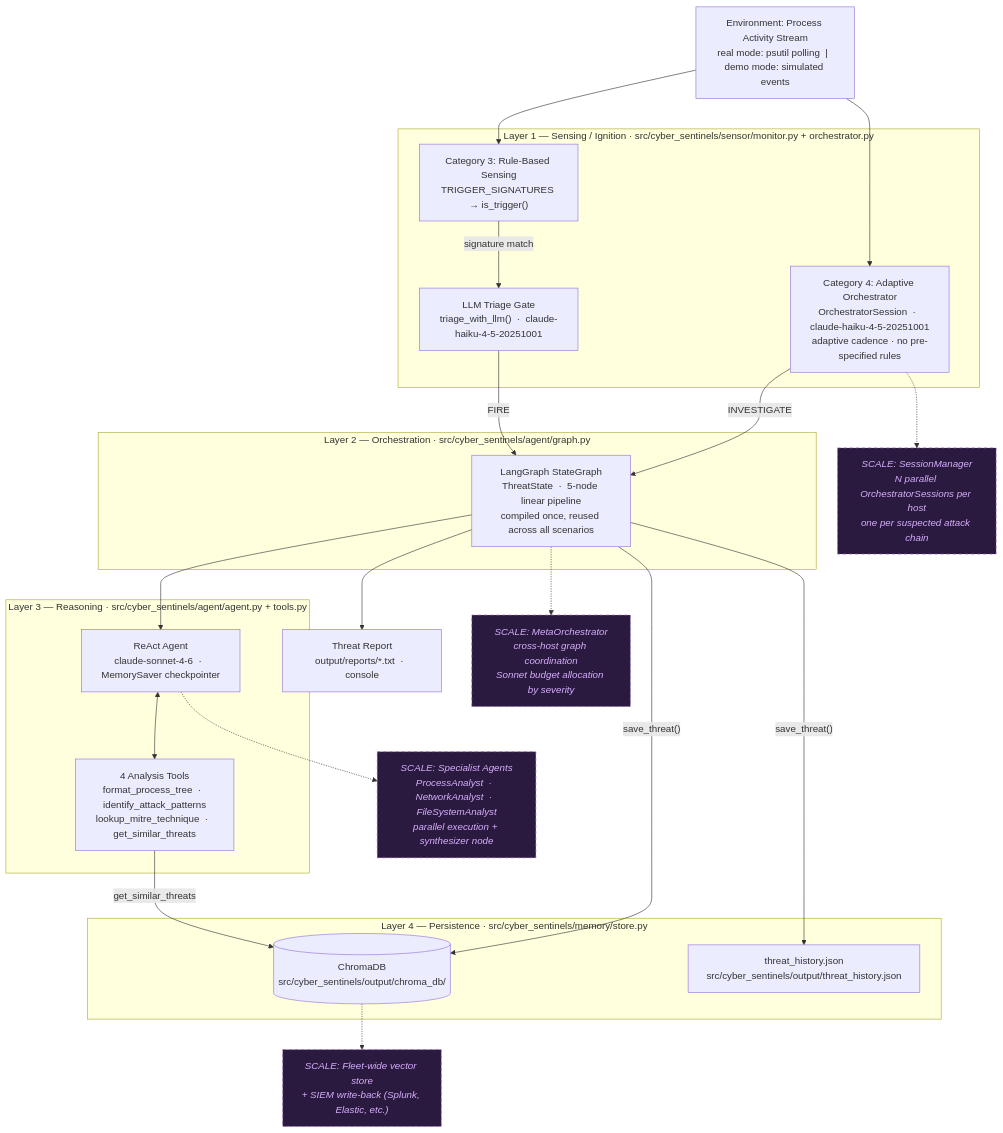
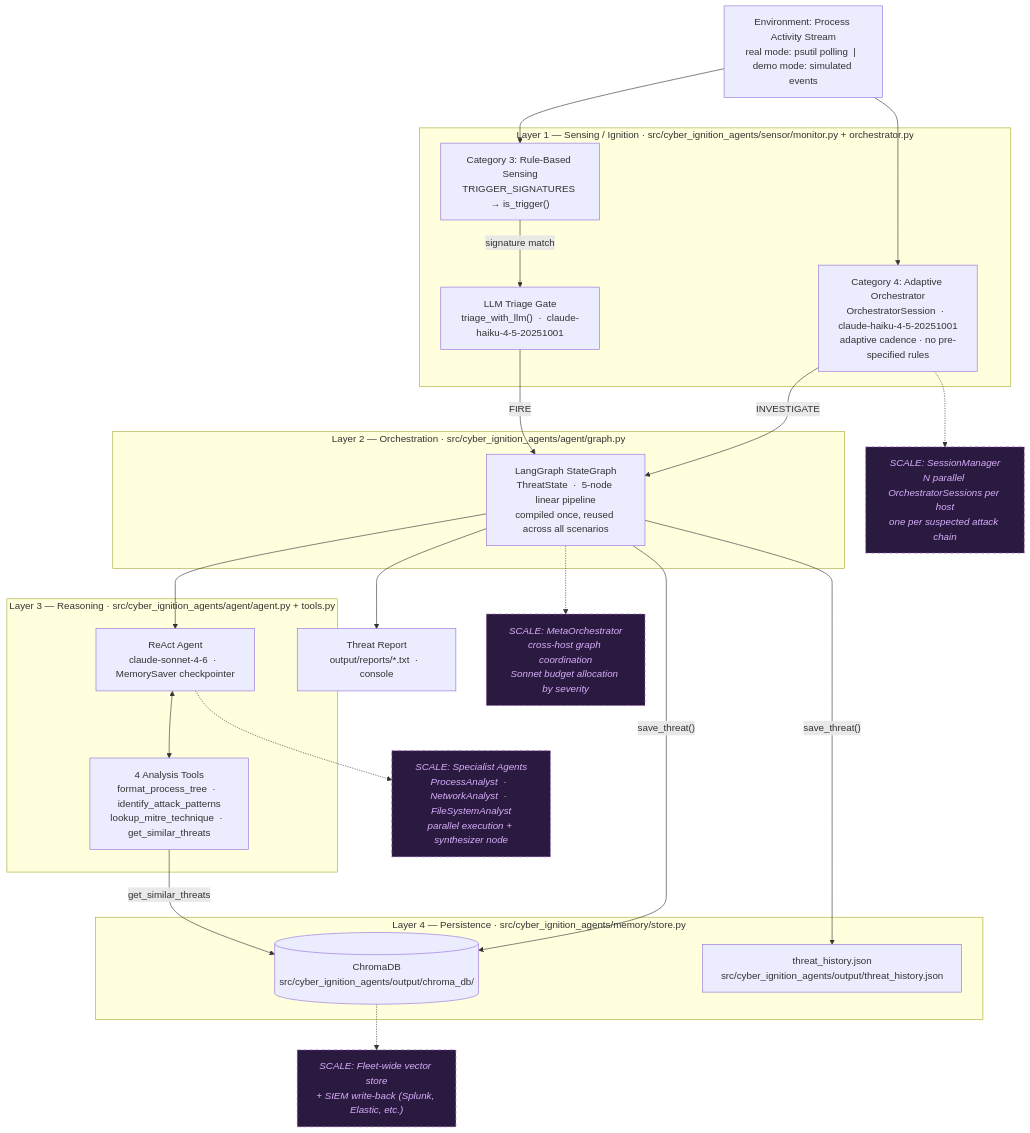
One commit to andrew84830813/cyber-sentinels changed the first of 5 diagrams in ARCHITECTURE.md. Above: the diagram before and after it, drawn with Mermaid. The commit also changed other lines of this file and 28 other files, not shown here.

First line of the commit message:
Rename project: cyber_sentinels → cyber_ignition_agents (v0.4.0)

````diff
--- a/ARCHITECTURE.md
+++ b/ARCHITECTURE.md
@@ -15,51 +15,51 @@
 ```mermaid
 graph TD
     ENV["Environment: Process Activity Stream<br/>real mode: psutil polling  |  demo mode: simulated events"]
 
-    subgraph L1["Layer 1 — Sensing / Ignition   ·   src/cyber_sentinels/sensor/monitor.py + orchestrator.py"]
+    subgraph L1["Layer 1 — Sensing / Ignition   ·   src/cyber_ignition_agents/sensor/monitor.py + orchestrator.py"]
         C3["Category 3: Rule-Based Sensing<br/>TRIGGER_SIGNATURES → is_trigger()"]
         TRIAGE["LLM Triage Gate<br/>triage_with_llm()  ·  claude-haiku-4-5-20251001"]
         C4["Category 4: Adaptive Orchestrator<br/>OrchestratorSession  ·  claude-haiku-4-5-20251001<br/>adaptive cadence · no pre-specified rules"]
     end
 
-    subgraph L2["Layer 2 — Orchestration   ·   src/cyber_sentinels/agent/graph.py"]
+    subgraph L2["Layer 2 — Orchestration   ·   src/cyber_ignition_agents/agent/graph.py"]
         GRAPH["LangGraph StateGraph<br/>ThreatState  ·  5-node linear pipeline<br/>compiled once, reused across all scenarios"]
     end
 
-    subgraph L3["Layer 3 — Reasoning   ·   src/cyber_sentinels/agent/agent.py + tools.py"]
+    subgraph L3["Layer 3 — Reasoning   ·   src/cyber_ignition_agents/agent/agent.py + tools.py"]
         AGENT["ReAct Agent<br/>claude-sonnet-4-6  ·  MemorySaver checkpointer"]
         TOOLS["4 Analysis Tools<br/>format_process_tree  ·  identify_attack_patterns<br/>lookup_mitre_technique  ·  get_similar_threats"]
     end
 
-    subgraph L4["Layer 4 — Persistence   ·   src/cyber_sentinels/memory/store.py"]
-        CHROMA[(ChromaDB<br/>src/cyber_sentinels/output/chroma_db/)]
-        HIST["threat_history.json<br/>src/cyber_sentinels/output/threat_history.json"]
+    subgraph L4["Layer 4 — Persistence   ·   src/cyber_ignition_agents/memory/store.py"]
+        CHROMA[(ChromaDB<br/>src/cyber_ignition_agents/output/chroma_db/)]
+        HIST["threat_history.json<br/>src/cyber_ignition_agents/output/threat_history.json"]
     end
 
     OUT["Threat Report<br/>output/reports/*.txt  ·  console"]
 
     ENV --> C3
     ENV --> C4
     C3 -- "signature match" --> TRIAGE
     TRIAGE -- "FIRE" --> GRAPH
     C4 -- "INVESTIGATE" --> GRAPH
     GRAPH --> AGENT
     AGENT <--> TOOLS
     TOOLS -- "get_similar_threats" --> CHROMA
     GRAPH -- "save_threat()" --> CHROMA
     GRAPH -- "save_threat()" --> HIST
     GRAPH --> OUT
 
     SM["SCALE: SessionManager<br/>N parallel OrchestratorSessions per host<br/>one per suspected attack chain"]
     META["SCALE: MetaOrchestrator<br/>cross-host graph coordination<br/>Sonnet budget allocation by severity"]
     SPEC["SCALE: Specialist Agents<br/>ProcessAnalyst  ·  NetworkAnalyst  ·  FileSystemAnalyst<br/>parallel execution + synthesizer node"]
     FLEET["SCALE: Fleet-wide vector store<br/>+ SIEM write-back (Splunk, Elastic, etc.)"]
 
     C4 -.-> SM
     GRAPH -.-> META
     AGENT -.-> SPEC
     CHROMA -.-> FLEET
 
     classDef scaleNode fill:#2a1a40,stroke:#9b59b6,stroke-dasharray:5 5,color:#d7aefb,font-style:italic
     class SM,META,SPEC,FLEET scaleNode
 ```
````
